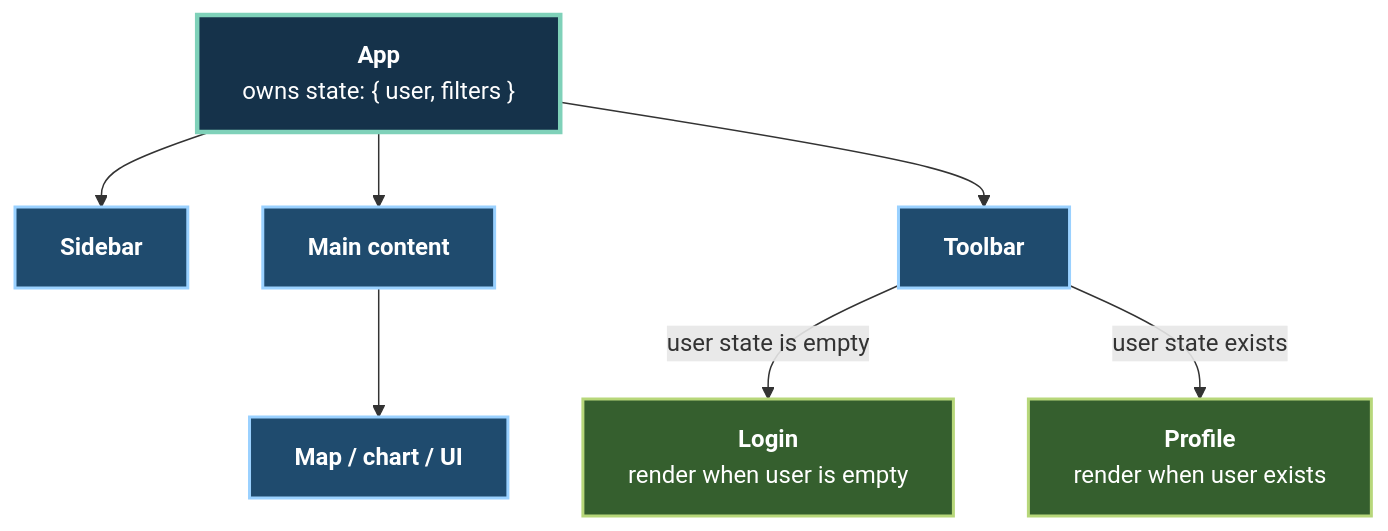
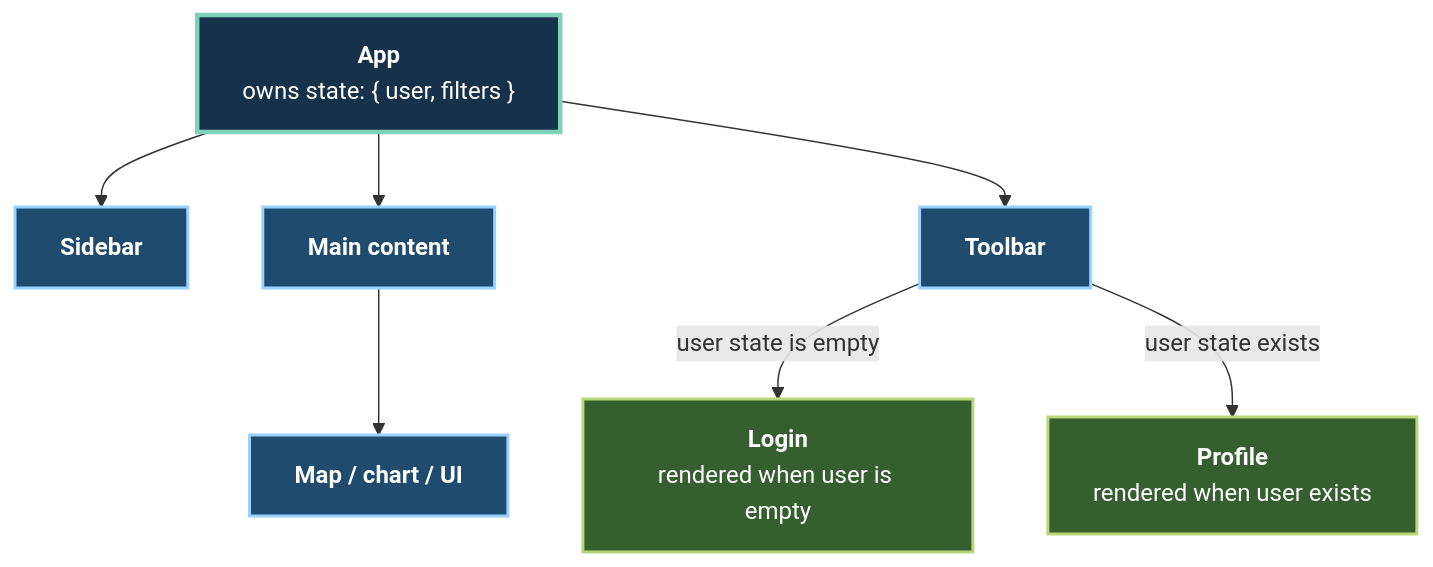
One commit to maxpatiiuk/esri-dev-summit-presentations changed the second of 3 diagrams in 2026/using-components-2/slides.md. Above: the diagram before and after it, drawn with Mermaid.

````diff
--- a/2026/using-components-2/slides.md
+++ b/2026/using-components-2/slides.md
@@ -327,22 +327,22 @@
 ```mermaid
 %%{init: {'themeCSS': '.edgeLabel, .edgeLabel span, .edgeLabel p { color: #000 !important; fill: #000 !important; }'}}%%
 graph TD
   classDef state fill:#15324a,stroke:#7fd1b9,color:#fff,stroke-width:3px
   classDef component fill:#1f4b6e,stroke:#9ad1ff,color:#fff,stroke-width:2px
   classDef view fill:#355f2e,stroke:#b7d77a,color:#fff,stroke-width:2px
 
   App["<b>App</b><br/>owns state: { user, filters }"]:::state
   Sidebar["<b>Sidebar</b>"]:::component
   Main["<b>Main content</b>"]:::component
   Toolbar["<b>Toolbar</b>"]:::component
-  Login["<b>Login</b><br/>render when user is empty"]:::view
-  Profile["<b>Profile</b><br/>render when user exists"]:::view
+  Login["<b>Login</b><br/>rendered when user is empty"]:::view
+  Profile["<b>Profile</b><br/>rendered when user exists"]:::view
   Map["<b>Map / chart / UI</b>"]:::component
 
   App --> Sidebar
   App --> Main
   App --> Toolbar
   Toolbar -->|user state is empty| Login
   Toolbar -->|user state exists| Profile
   Main --> Map
 ```
````
